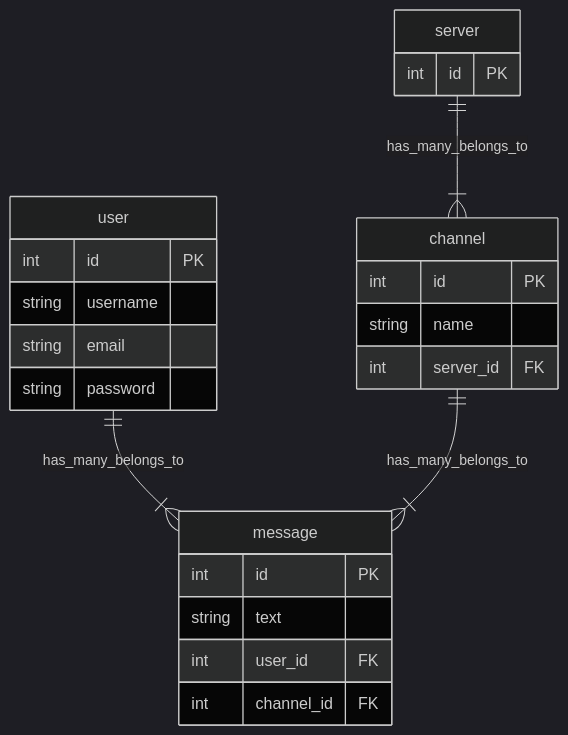
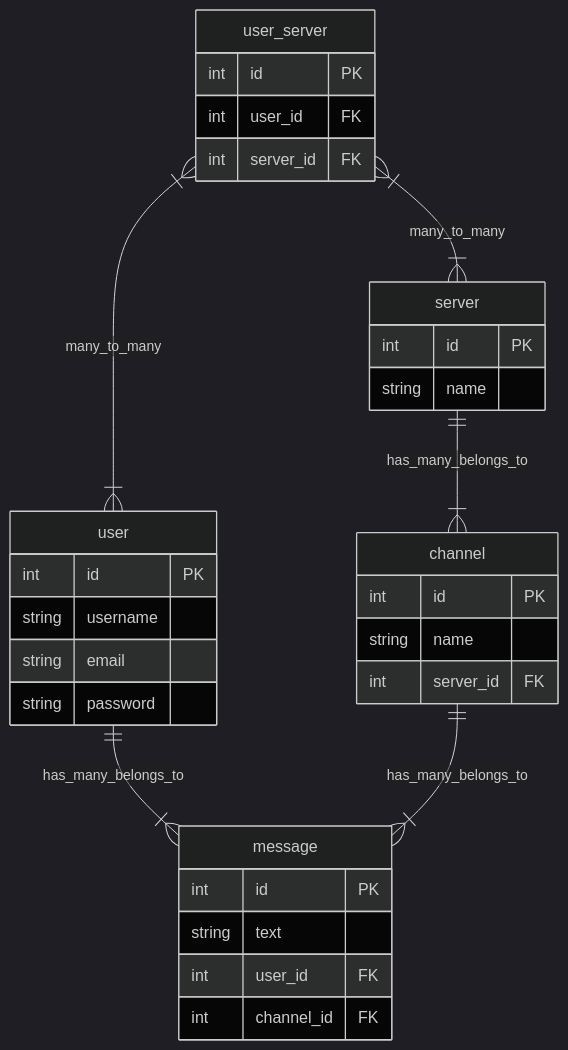
One commit to george11119/discord-clone changed the diagram in planning.md. Above: the diagram before and after it, drawn with Mermaid (dark theme). The commit also changed 9 other files, not shown here.

Commit message:
Update schema and add seeding file

````diff
--- a/planning.md
+++ b/planning.md
@@ -29,29 +29,38 @@
 ```mermaid
 erDiagram
-  user ||--|{ message: has_many_belongs_to
-  user {
-    int id PK
-    string username
-    string email
-    string password
-  }
+    user ||--|{ message: has_many_belongs_to
+    user {
+        int id PK
+        string username
+        string email
+        string password
+    }
 
-  server ||--|{ channel: has_many_belongs_to
-  server {
-    int id PK
-  }
+    user_server |{--|{ user: many_to_many
+    user_server |{--|{ server: many_to_many
+    user_server {
+        int id PK
+        int user_id FK
+        int server_id FK
+    }
 
-  channel ||--|{ message: has_many_belongs_to
-  channel {
-    int id PK
-    string name
-    int server_id FK
-  }
+    server ||--|{ channel: has_many_belongs_to
+    server {
+        int id PK
+        string name
+    }
 
-  message {
-    int id PK
-    string text
-    int user_id FK
-    int channel_id FK
-  }
+    channel ||--|{ message: has_many_belongs_to
+    channel {
+        int id PK
+        string name
+        int server_id FK
+    }
+
+    message {
+        int id PK
+        string text
+        int user_id FK
+        int channel_id FK
+    }
 ```
````
